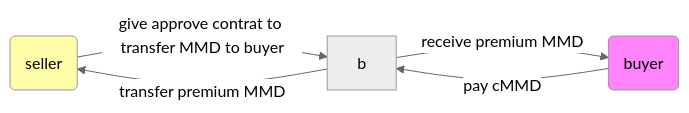
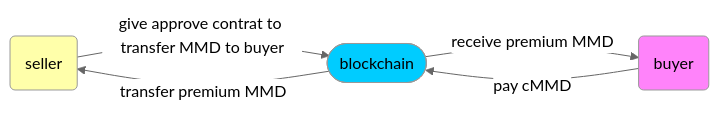
The second of 7 diagrams in README.md (Joe-Bradley/S_K), drawn with Mermaid (neutral theme) before and after one commit.

````diff
--- a/README.md
+++ b/README.md
@@ -29,11 +29,11 @@
 ```mermaid
 graph LR
-a(seller):::class1 --> |give approve contrat to transfer MMD to buyer|b
+a(seller):::class1 --> |give approve contrat to transfer MMD to buyer|b([blockchain]):::class2
 b --> |receive premium MMD|c(buyer):::class4
 c-->|pay cMMD|b
 b -->|transfer premium MMD|a(seller):::class1
 classDef class1 fill:#ffaf;
 classDef class2 fill:#00ccff;
 classDef class3 fill:#ffe7ba;
 classDef class4 fill:#ff83fa;
 ```
````
